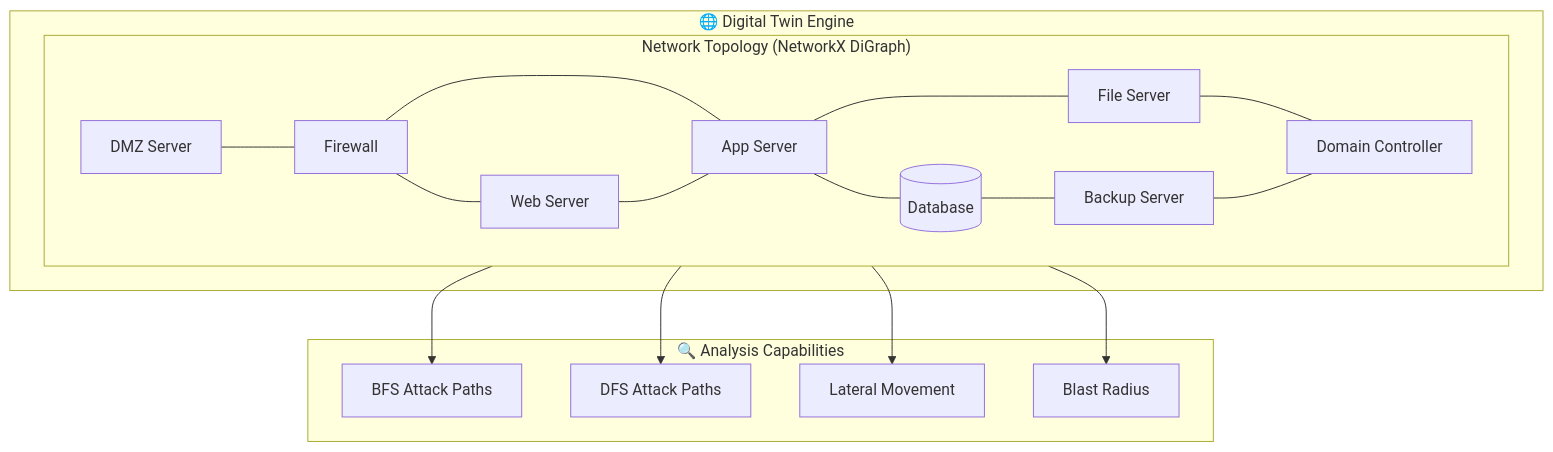
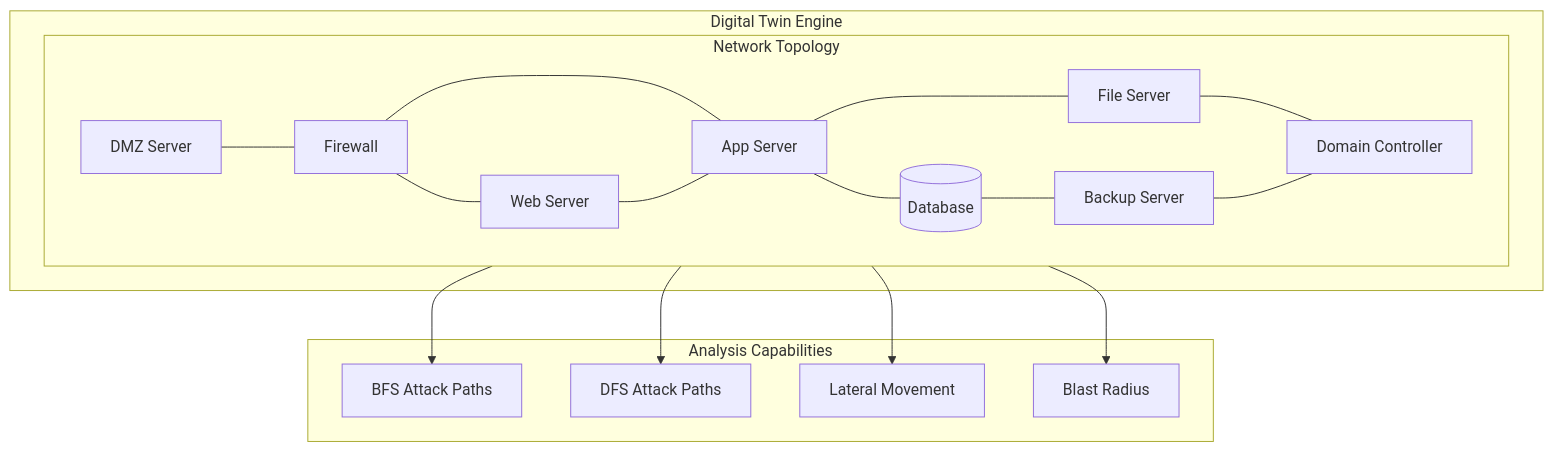
One commit to Gokul-social/Horizon_Beach_Hacks changed the seventh of 15 diagrams in README.md. Above: the diagram before and after it, drawn with Mermaid. The commit also changed other lines of this file, not shown here.

````diff
--- a/README.md
+++ b/README.md
@@ -338,32 +330,32 @@
 ```mermaid
 graph TB
-    subgraph DigitalTwin["🌐 Digital Twin Engine"]
-        subgraph Network["Network Topology (NetworkX DiGraph)"]
+    subgraph DigitalTwin["Digital Twin Engine"]
+        subgraph Network["Network Topology"]
             DMZ[DMZ Server]
             WEB[Web Server]
             FW[Firewall]
             APP[App Server]
             DB[(Database)]
             FILE[File Server]
             DC[Domain Controller]
             BACKUP[Backup Server]
         end
 
         DMZ --- FW
         FW --- WEB & APP
         WEB --- APP
         APP --- DB & FILE
         DB --- BACKUP
         FILE --- DC
         BACKUP --- DC
     end
 
-    subgraph Analysis["🔍 Analysis Capabilities"]
+    subgraph Analysis["Analysis Capabilities"]
         BFS[BFS Attack Paths]
         DFS[DFS Attack Paths]
         LATERAL[Lateral Movement]
         BLAST[Blast Radius]
     end
 
     Network --> BFS & DFS & LATERAL & BLAST
 ```
````
